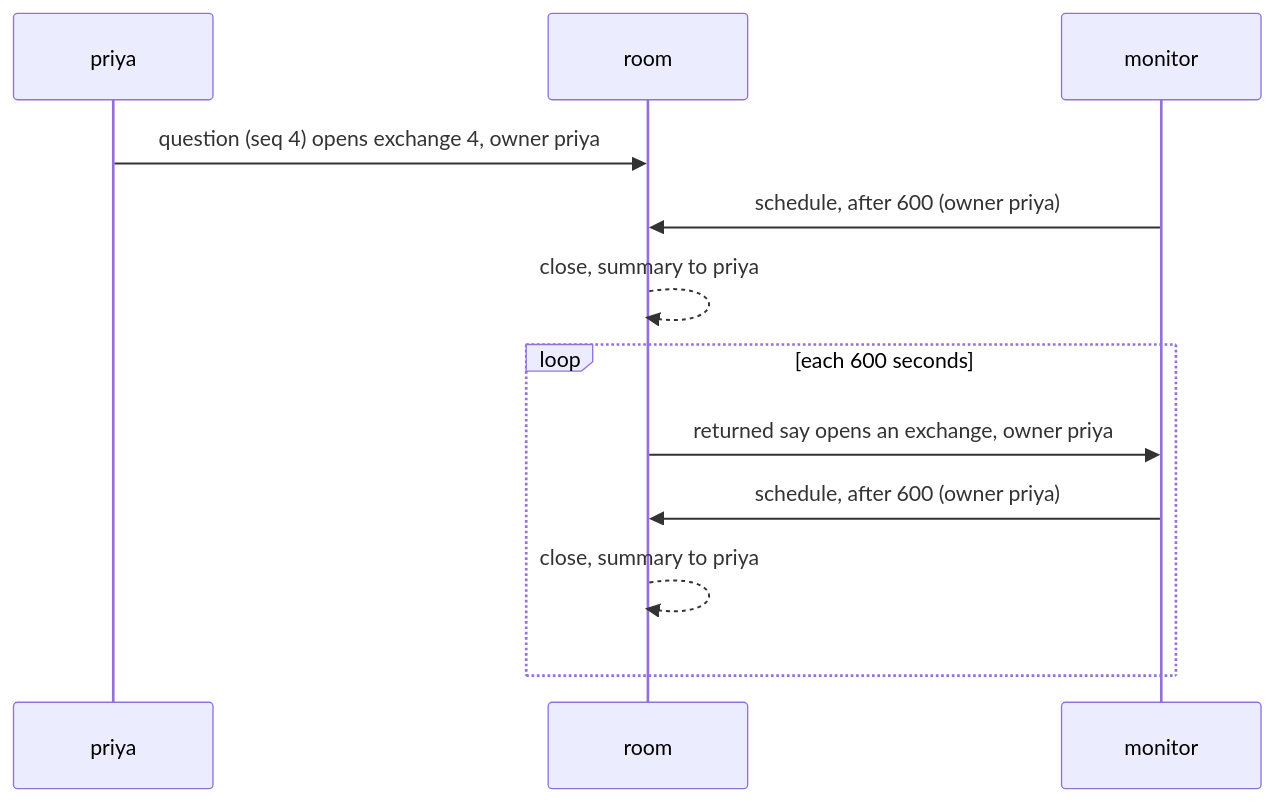
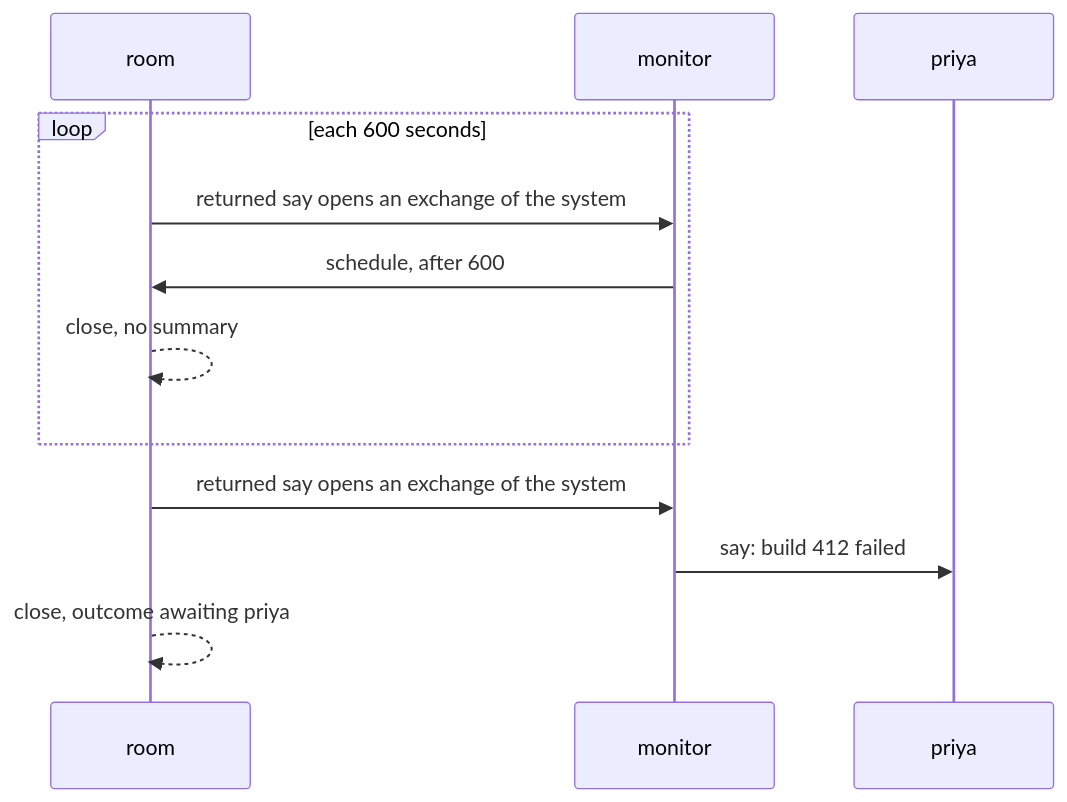
The diagram in planning/system.md (ambionframework/ambion), drawn with Mermaid before and after one commit. The commit also changed other lines of this file, not shown here.

First line of the commit message:
Rewrite the system proposal after review

````diff
--- a/planning/system.md
+++ b/planning/system.md
@@ -44,14 +124,14 @@
 ```mermaid
 sequenceDiagram
-    participant P as priya
     participant R as room
     participant W as monitor
-    P->>R: question (seq 4) opens exchange 4, owner priya
-    W->>R: schedule, after 600 (owner priya)
-    R-->>R: close, summary to priya
+    participant P as priya
     loop each 600 seconds
-        R->>W: returned say opens an exchange, owner priya
-        W->>R: schedule, after 600 (owner priya)
-        R-->>R: close, summary to priya
+        R->>W: returned say opens an exchange of the system
+        W->>R: schedule, after 600
+        R-->>R: close, no summary
     end
+    R->>W: returned say opens an exchange of the system
+    W->>P: say: build 412 failed
+    R-->>R: close, outcome awaiting priya
 ```
````
